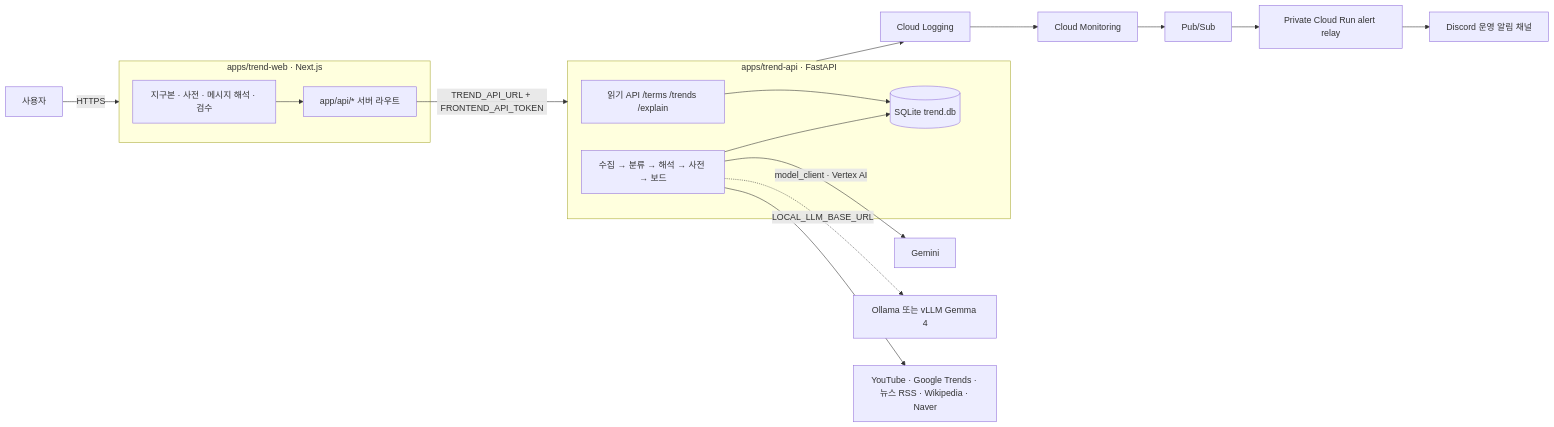
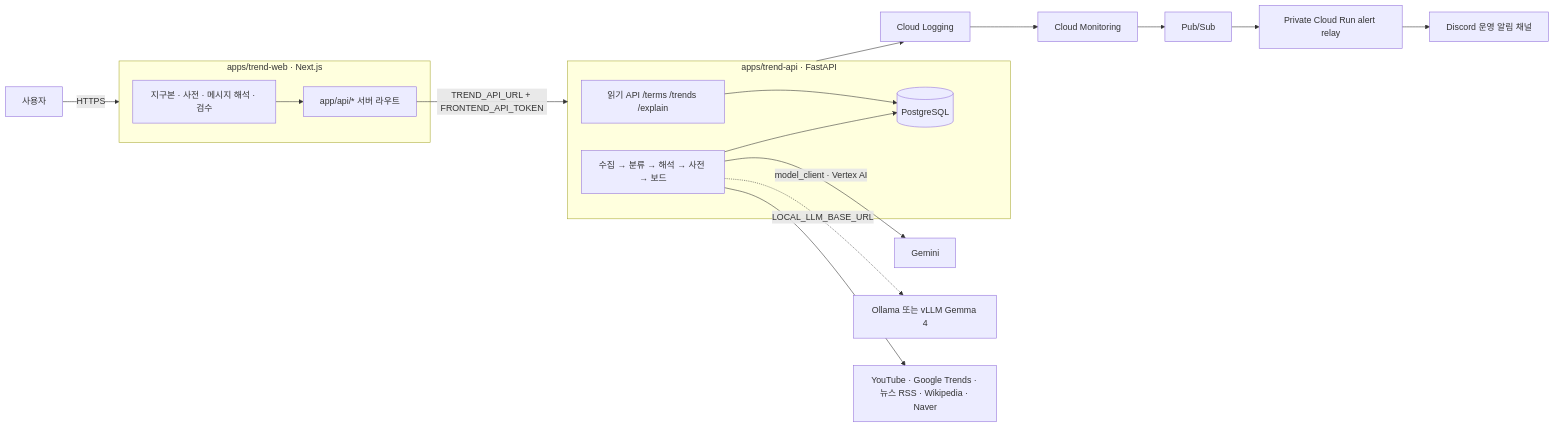
The first of 3 diagrams in docs/운영/시스템-아키텍처.md (Sihyeon-Ji/trend-interpreter), drawn with Mermaid before and after one commit. The commit also changed other lines of this file and 9 other files, not shown here.

First line of the commit message:
docs: PostgreSQL 전환과 로컬 파일 위치 반영

````diff
--- a/docs/운영/시스템-아키텍처.md
+++ b/docs/운영/시스템-아키텍처.md
@@ -18,29 +18,29 @@
 ```mermaid
 flowchart LR
   User[사용자] -->|HTTPS| Web
 
   subgraph Web[apps/trend-web · Next.js]
     Pages[지구본 · 사전 · 메시지 해석 · 검수]
     Routes[app/api/* 서버 라우트]
     Pages --> Routes
   end
 
   Routes -->|TREND_API_URL + FRONTEND_API_TOKEN| API
 
   subgraph API[apps/trend-api · FastAPI]
     Read[읽기 API /terms /trends /explain]
     Pipeline[수집 → 분류 → 해석 → 사전 → 보드]
-    DB[(SQLite trend.db)]
+    DB[(PostgreSQL)]
     Read --> DB
     Pipeline --> DB
   end
 
   Pipeline -->|model_client · Vertex AI| Gemini[Gemini]
   Pipeline -.->|LOCAL_LLM_BASE_URL| Local[Ollama 또는 vLLM Gemma 4]
   Pipeline --> Sources[YouTube · Google Trends · 뉴스 RSS · Wikipedia · Naver]
   API --> Logs[Cloud Logging]
   Logs --> Monitoring[Cloud Monitoring]
   Monitoring --> PubSub[Pub/Sub]
   PubSub --> Relay[Private Cloud Run alert relay]
   Relay --> Discord[Discord 운영 알림 채널]
 ```
````
